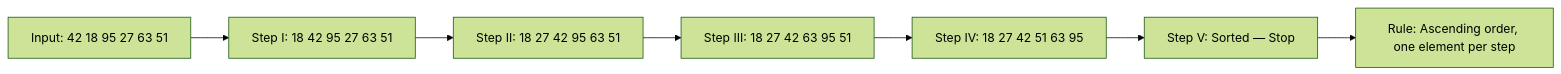
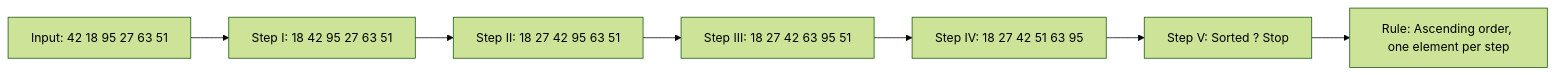
Before and after one commit to Raushan666java/ai-engineering-journey: the third of 3 diagrams in docs/courses/general-aptitude/06-advanced-reasoning.md, drawn with Mermaid (forest theme). The commit also changed other lines of this file and 790 other files, not shown here.

Commit message:
Sync all course diagram renders and content updates

````diff
--- a/docs/courses/general-aptitude/06-advanced-reasoning.md
+++ b/docs/courses/general-aptitude/06-advanced-reasoning.md
@@ -557,9 +557,9 @@
 ```mermaid
 flowchart LR
     A[Input: 42 18 95 27 63 51] --> B[Step I: 18 42 95 27 63 51]
     B --> C[Step II: 18 27 42 95 63 51]
     C --> D[Step III: 18 27 42 63 95 51]
     D --> E[Step IV: 18 27 42 51 63 95]
-    E --> F[Step V: Sorted — Stop]
+    E --> F[Step V: Sorted ? Stop]
     F --> G[Rule: Ascending order, one element per step]
 ```
````
